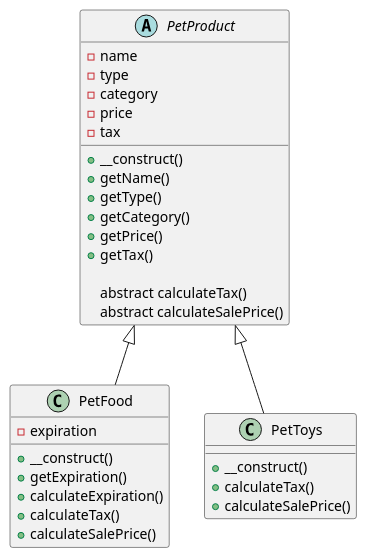
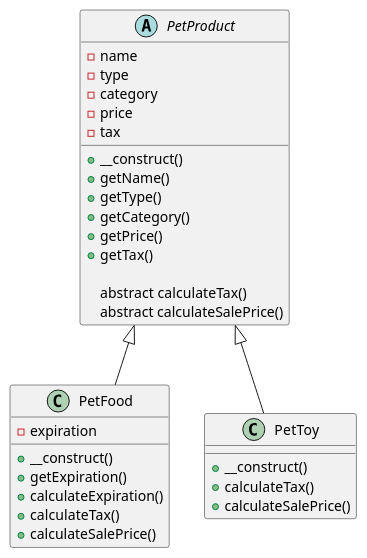
One commit to aysegulaksu/block3-adv-web changed the diagram in project-1/tables.puml. Above: the diagram before and after it, drawn with PlantUML. The commit also changed 2 other files, not shown here.

```diff
--- a/project-1/tables.puml
+++ b/project-1/tables.puml
@@ -1,37 +1,37 @@
 @startuml
 
 abstract class PetProduct {
   - name
   - type
   - category
   - price
   - tax
 
   + __construct()
   + getName()
   + getType()
   + getCategory()
   + getPrice()
   + getTax()
   
   abstract calculateTax()
   abstract calculateSalePrice()
 }
 
 class PetFood extends PetProduct {
   - expiration
 
   + __construct()
   + getExpiration()
   + calculateExpiration()
   + calculateTax()
   + calculateSalePrice()
 }
 
-class PetToys extends PetProduct {
+class PetToy extends PetProduct {
   + __construct()
   + calculateTax()
   + calculateSalePrice()
 }
 
 @enduml
```
